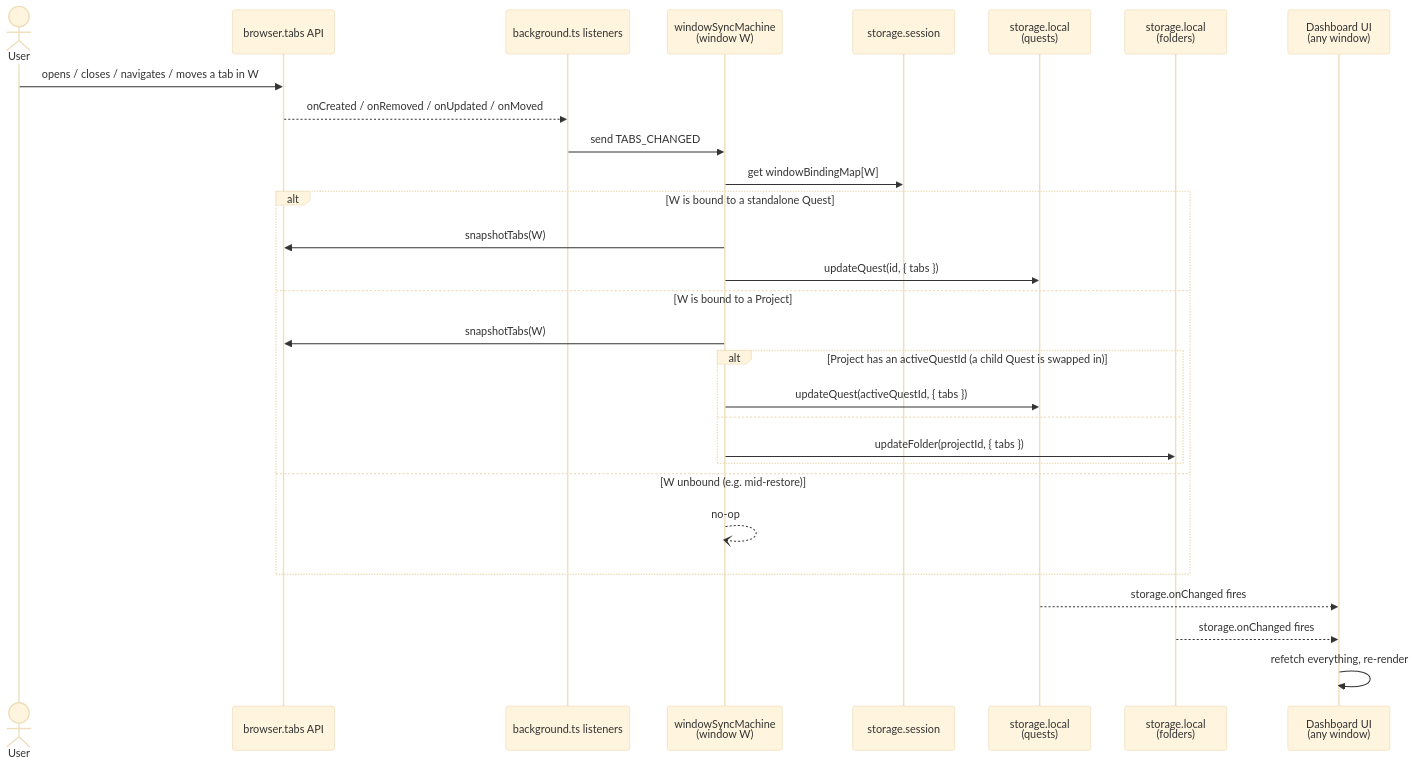
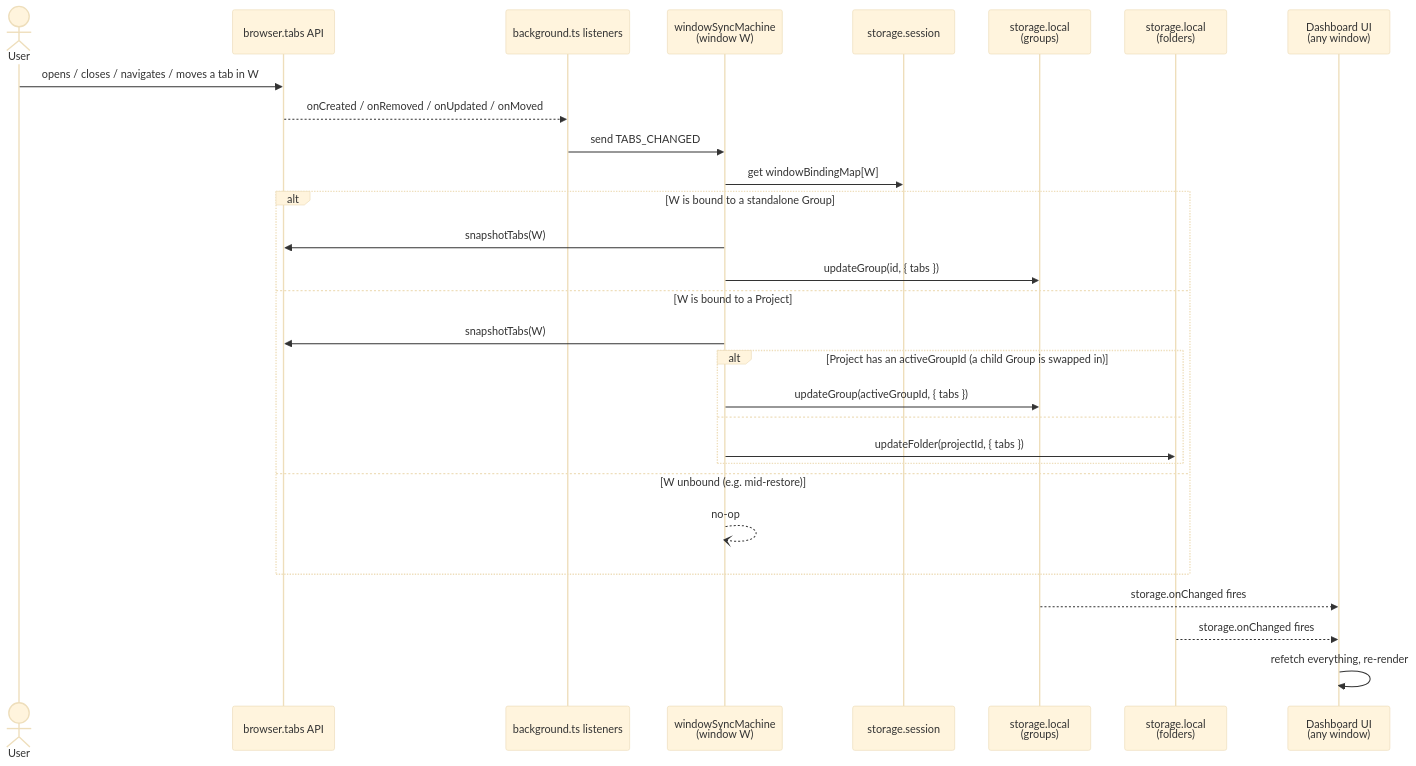
One commit to enyhma/cntxt changed the fourth of 11 diagrams in docs/workflows.md. Above: the diagram before and after it, drawn with Mermaid (base theme). The commit also changed other lines of this file and 7 other files, not shown here.

First line of the commit message:
docs: rename Quest to Group across CLAUDE.md and docs/

````diff
--- a/docs/workflows.md
+++ b/docs/workflows.md
@@ -89,32 +89,32 @@
 ```mermaid
 sequenceDiagram
     actor User
     participant Tabs as browser.tabs API
     participant BG as background.ts listeners
     participant WinActor as windowSyncMachine<br/>(window W)
     participant Session as storage.session
-    participant Quests as storage.local<br/>(quests)
+    participant Groups as storage.local<br/>(groups)
     participant Folders as storage.local<br/>(folders)
     participant Dashboard as Dashboard UI<br/>(any window)
 
     User->>Tabs: opens / closes / navigates / moves a tab in W
     Tabs-->>BG: onCreated / onRemoved / onUpdated / onMoved
     BG->>WinActor: send TABS_CHANGED
     WinActor->>Session: get windowBindingMap[W]
-    alt W is bound to a standalone Quest
+    alt W is bound to a standalone Group
         WinActor->>Tabs: snapshotTabs(W)
-        WinActor->>Quests: updateQuest(id, { tabs })
+        WinActor->>Groups: updateGroup(id, { tabs })
     else W is bound to a Project
         WinActor->>Tabs: snapshotTabs(W)
-        alt Project has an activeQuestId (a child Quest is swapped in)
-            WinActor->>Quests: updateQuest(activeQuestId, { tabs })
+        alt Project has an activeGroupId (a child Group is swapped in)
+            WinActor->>Groups: updateGroup(activeGroupId, { tabs })
         else
             WinActor->>Folders: updateFolder(projectId, { tabs })
         end
     else W unbound (e.g. mid-restore)
         WinActor--)WinActor: no-op
     end
-    Quests-->>Dashboard: storage.onChanged fires
+    Groups-->>Dashboard: storage.onChanged fires
     Folders-->>Dashboard: storage.onChanged fires
     Dashboard->>Dashboard: refetch everything, re-render
 ```
````
